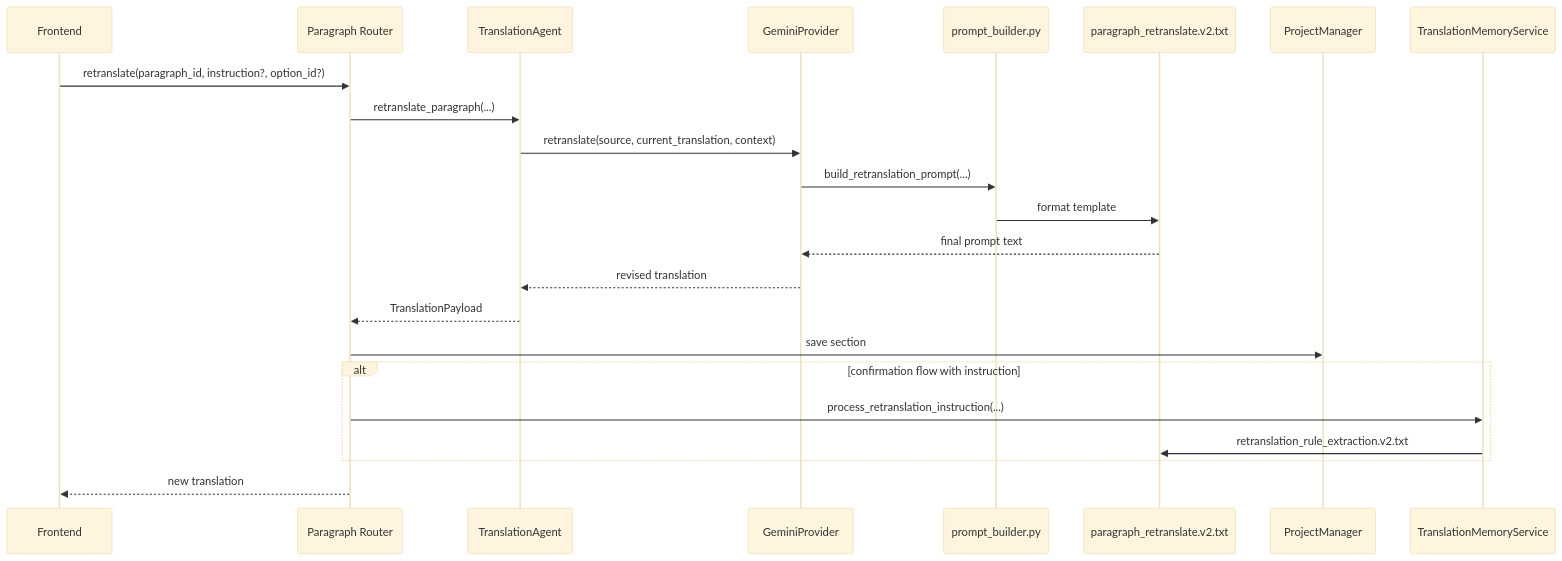
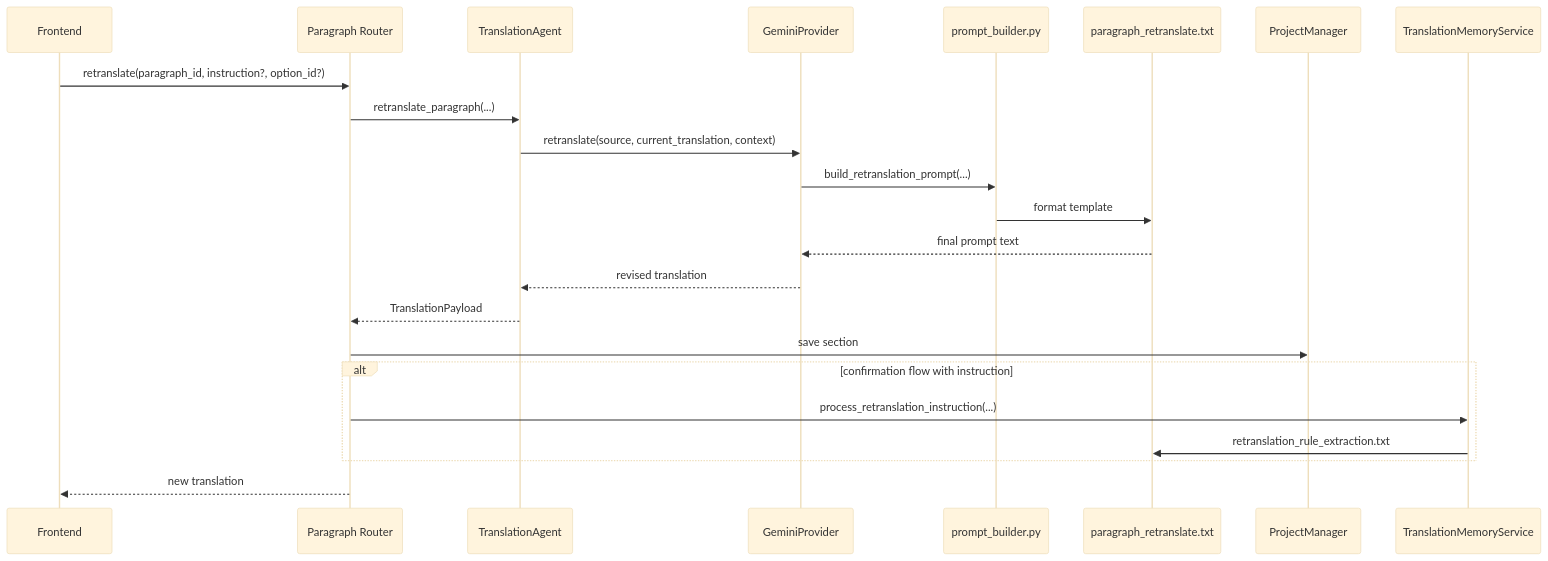
One commit to zzxxww01/translation-web changed the fifth of 11 diagrams in docs/长文翻译链路.md. Above: the diagram before and after it, drawn with Mermaid (base theme). The commit also changed other lines of this file and 174 other files, not shown here.

````diff
--- a/docs/长文翻译链路.md
+++ b/docs/长文翻译链路.md
@@ -244,26 +242,26 @@
 ```mermaid
 sequenceDiagram
     participant UI as Frontend
     participant Router as Paragraph Router
     participant Agent as TranslationAgent
     participant LLM as GeminiProvider
     participant Builder as prompt_builder.py
-    participant Prompt as paragraph_retranslate.v2.txt
+    participant Prompt as paragraph_retranslate.txt
     participant PM as ProjectManager
     participant Memory as TranslationMemoryService
 
     UI->>Router: retranslate(paragraph_id, instruction?, option_id?)
     Router->>Agent: retranslate_paragraph(...)
     Agent->>LLM: retranslate(source, current_translation, context)
     LLM->>Builder: build_retranslation_prompt(...)
     Builder->>Prompt: format template
     Prompt-->>LLM: final prompt text
     LLM-->>Agent: revised translation
     Agent-->>Router: TranslationPayload
     Router->>PM: save section
     alt confirmation flow with instruction
         Router->>Memory: process_retranslation_instruction(...)
-        Memory->>Prompt: retranslation_rule_extraction.v2.txt
+        Memory->>Prompt: retranslation_rule_extraction.txt
     end
     Router-->>UI: new translation
 ```
````
